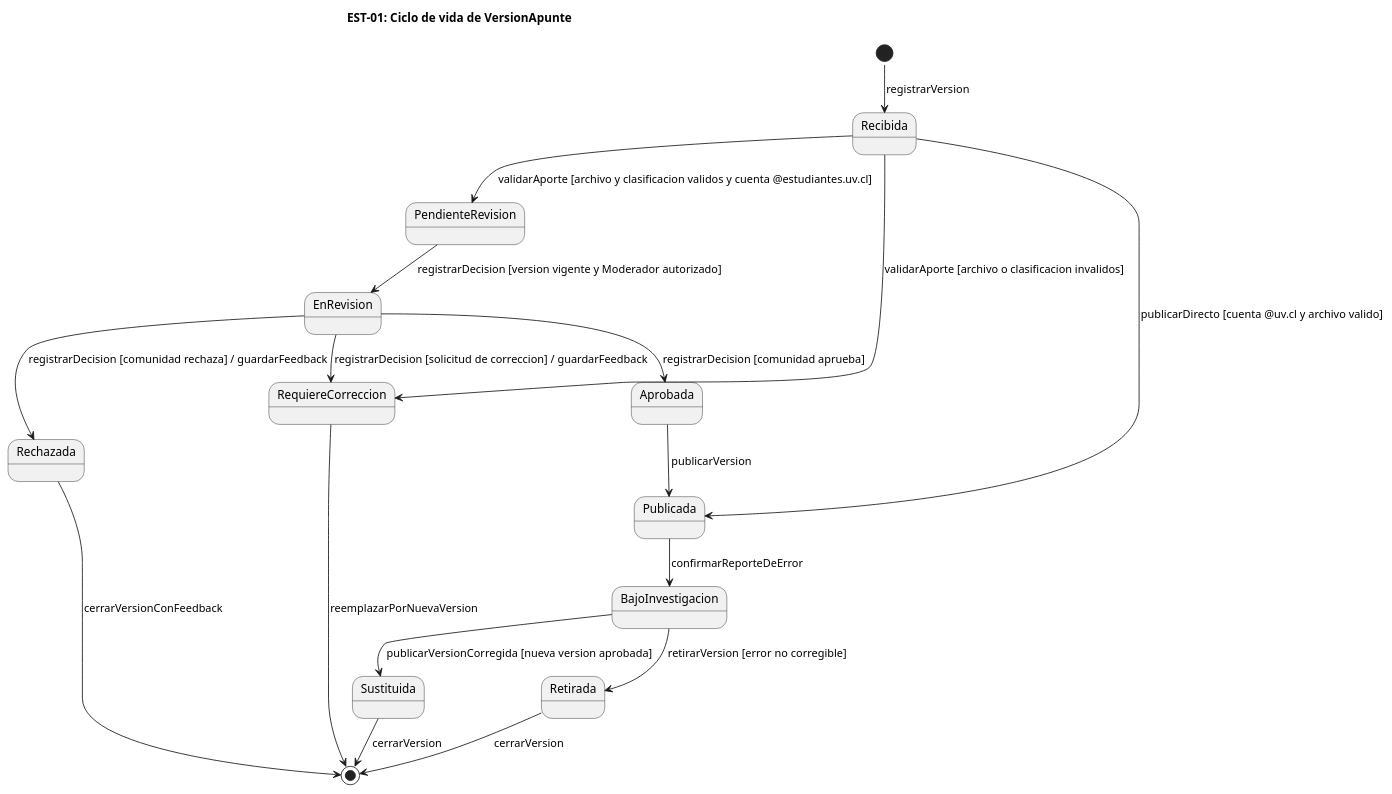
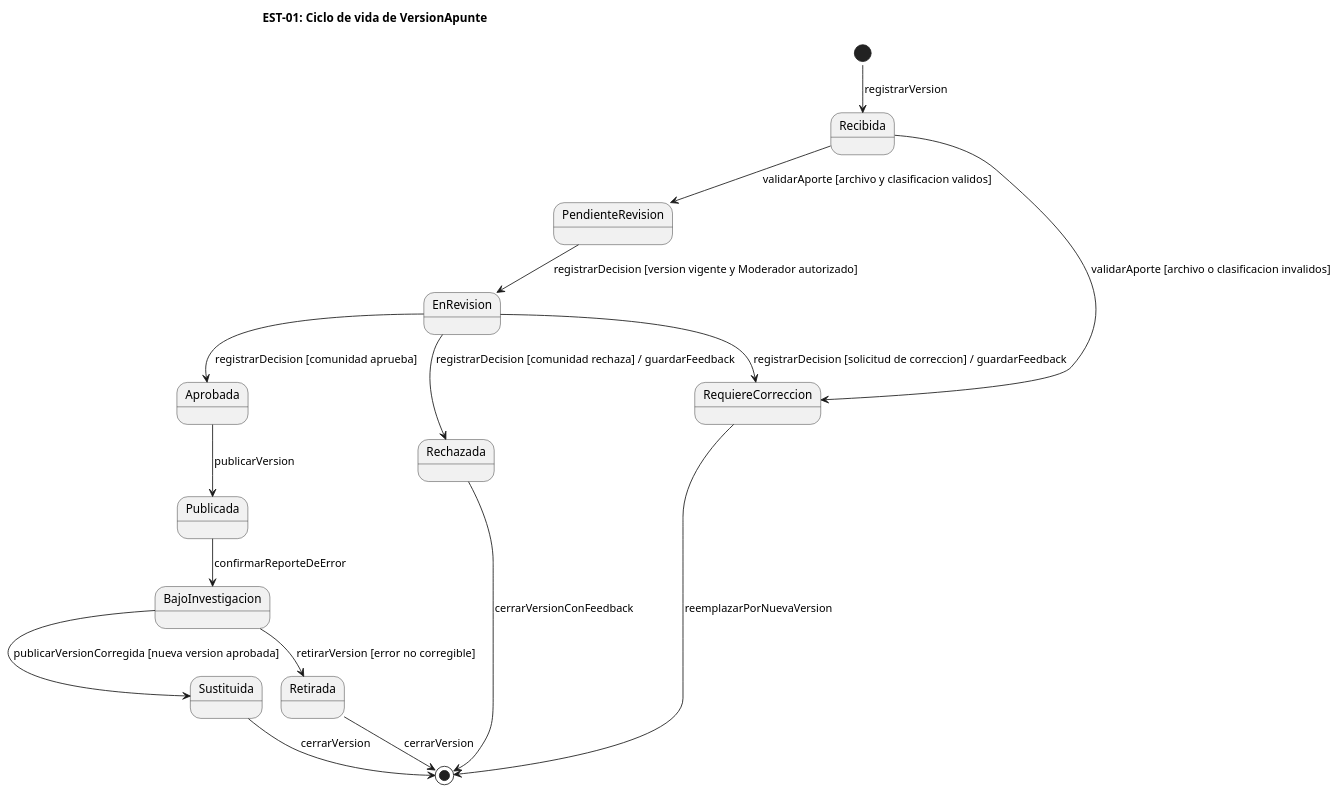
One commit to mapacheCorps/entrega changed the diagram in diagramas/est-01.puml. Above: the diagram before and after it, drawn with PlantUML. The commit also changed 41 other files, not shown here.

```diff
--- a/diagramas/est-01.puml
+++ b/diagramas/est-01.puml
@@ -1,21 +1,20 @@
 @startuml
 !pragma layout smetana
 skinparam shadowing false
 title EST-01: Ciclo de vida de VersionApunte
 [*] --> Recibida : registrarVersion
-Recibida --> Publicada : publicarDirecto [cuenta @uv.cl y archivo valido]
-Recibida --> PendienteRevision : validarAporte [archivo y clasificacion validos y cuenta @estudiantes.uv.cl]
+Recibida --> PendienteRevision : validarAporte [archivo y clasificacion validos]
 Recibida --> RequiereCorreccion : validarAporte [archivo o clasificacion invalidos]
 PendienteRevision --> EnRevision : registrarDecision [version vigente y Moderador autorizado]
 EnRevision --> Aprobada : registrarDecision [comunidad aprueba]
 EnRevision --> Rechazada : registrarDecision [comunidad rechaza] / guardarFeedback
 EnRevision --> RequiereCorreccion : registrarDecision [solicitud de correccion] / guardarFeedback
 Aprobada --> Publicada : publicarVersion
 Publicada --> BajoInvestigacion : confirmarReporteDeError
 BajoInvestigacion --> Retirada : retirarVersion [error no corregible]
 BajoInvestigacion --> Sustituida : publicarVersionCorregida [nueva version aprobada]
 RequiereCorreccion --> [*] : reemplazarPorNuevaVersion
 Rechazada --> [*] : cerrarVersionConFeedback
 Retirada --> [*] : cerrarVersion
 Sustituida --> [*] : cerrarVersion
 @enduml
```
